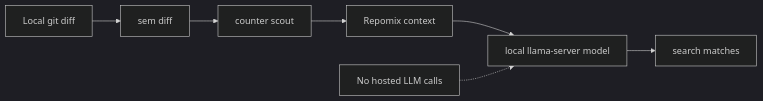
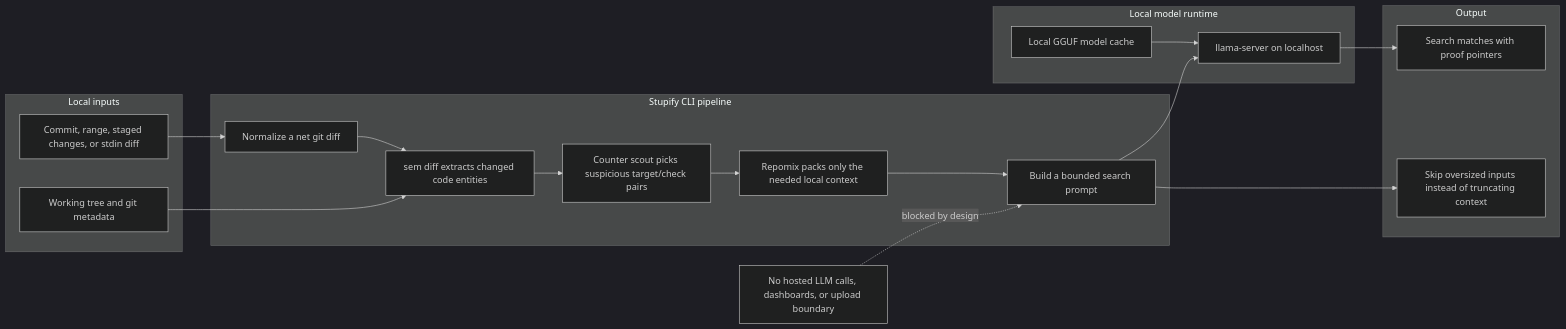
The diagram in README.md (Octember/stupify), drawn with Mermaid (dark theme) before and after one commit.

Commit message:
Expand README architecture diagram

````diff
--- a/README.md
+++ b/README.md
@@ -59,10 +59,35 @@
 ```mermaid
 flowchart LR
-  Diff["Local git diff"] --> Sem["sem diff"]
-  Sem --> Scout["counter scout"]
-  Scout --> Context["Repomix context"]
-  Context --> Model["local llama-server model"]
-  Model --> Matches["search matches"]
+  subgraph Inputs["Local inputs"]
+    Commit["Commit, range, staged changes, or stdin diff"]
+    Repo["Working tree and git metadata"]
+  end
 
-  Privacy["No hosted LLM calls"] -.-> Model
+  subgraph Pipeline["Stupify CLI pipeline"]
+    Diff["Normalize a net git diff"]
+    Sem["sem diff extracts changed code entities"]
+    Scout["Counter scout picks suspicious target/check pairs"]
+    Context["Repomix packs only the needed local context"]
+    Prompt["Build a bounded search prompt"]
+  end
+
+  subgraph Runtime["Local model runtime"]
+    Server["llama-server on localhost"]
+    Model["Local GGUF model cache"]
+  end
+
+  subgraph Output["Output"]
+    Matches["Search matches with proof pointers"]
+    Skip["Skip oversized inputs instead of truncating context"]
+  end
+
+  Commit --> Diff
+  Repo --> Sem
+  Diff --> Sem --> Scout --> Context --> Prompt
+  Prompt --> Server
+  Model --> Server
+  Server --> Matches
+  Prompt --> Skip
+
+  Hosted["No hosted LLM calls, dashboards, or upload boundary"] -. "blocked by design" .-> Prompt
 ```
````
